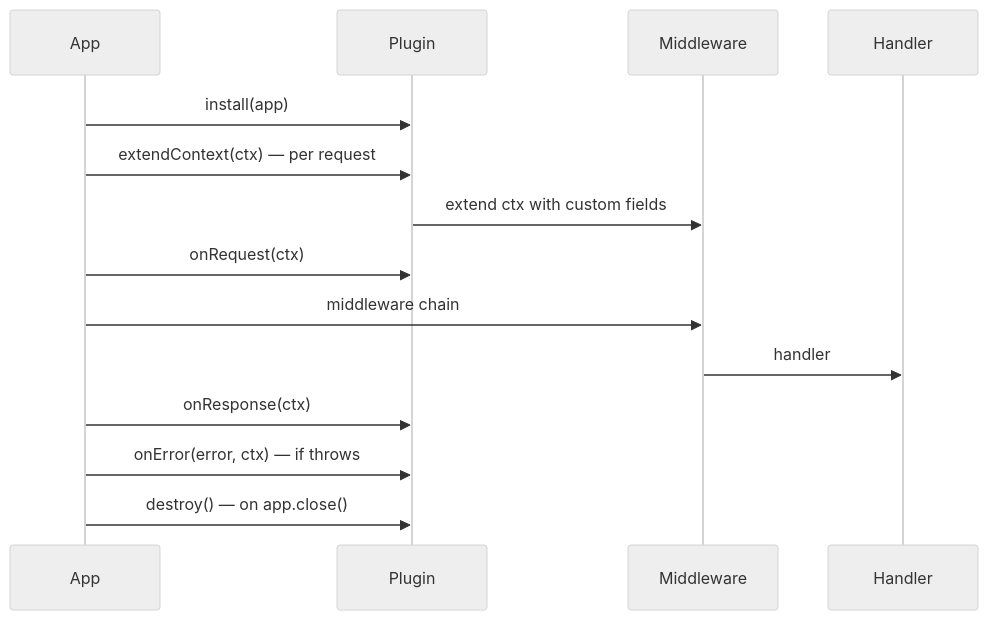
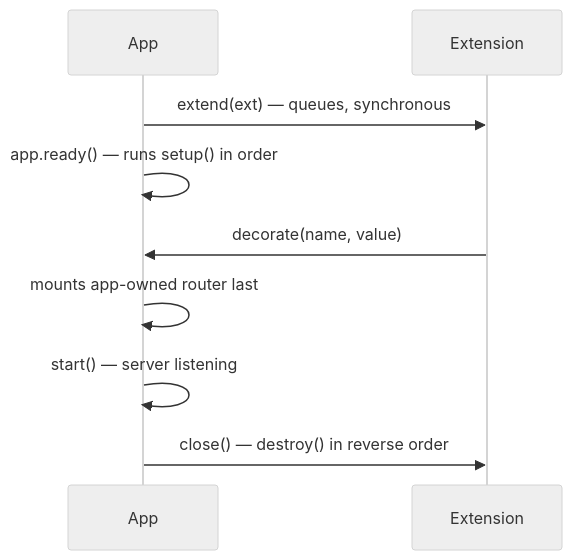
Before and after one commit to 0xTanzim/nextRush: the diagram in wiki/Plugins.md, drawn with Mermaid (neutral theme). The commit also changed other lines of this file and 67 other files, not shown here.

````diff
--- a/wiki/Plugins.md
+++ b/wiki/Plugins.md
@@ -27,17 +176,11 @@
 ```mermaid
 sequenceDiagram
-  participant A as App
-  participant P as Plugin
-  participant MW as Middleware
-  participant H as Handler
-
-  A->>P: install(app)
-  A->>P: extendContext(ctx) — per request
-  P->>MW: extend ctx with custom fields
-  A->>P: onRequest(ctx)
-  A->>MW: middleware chain
-  MW->>H: handler
-  A->>P: onResponse(ctx)
-  A->>P: onError(error, ctx) — if throws
-  A->>P: destroy() — on app.close()
+  participant App
+  participant Ext as Extension
+  App->>Ext: extend(ext) — queues, synchronous
+  App->>App: app.ready() — runs setup() in order
+  Ext->>App: decorate(name, value)
+  App->>App: mounts app-owned router last
+  App->>App: start() — server listening
+  App->>Ext: close() — destroy() in reverse order
 ```
````
